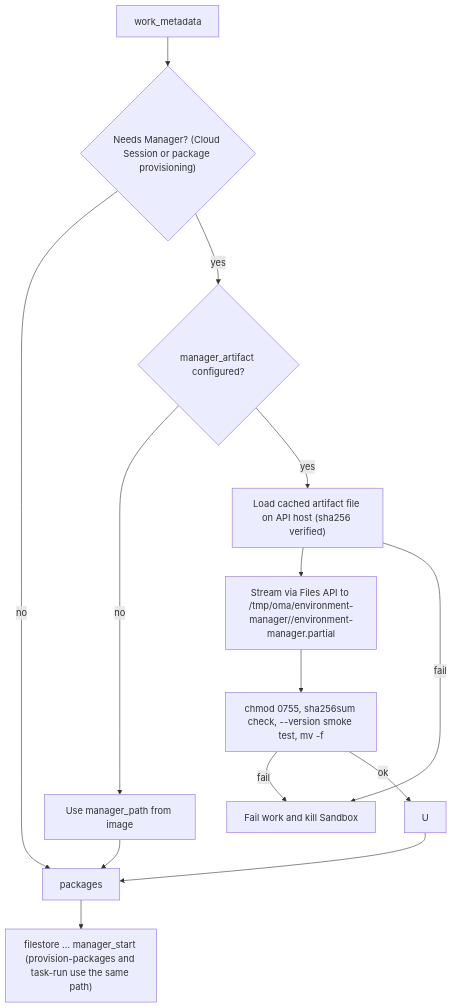
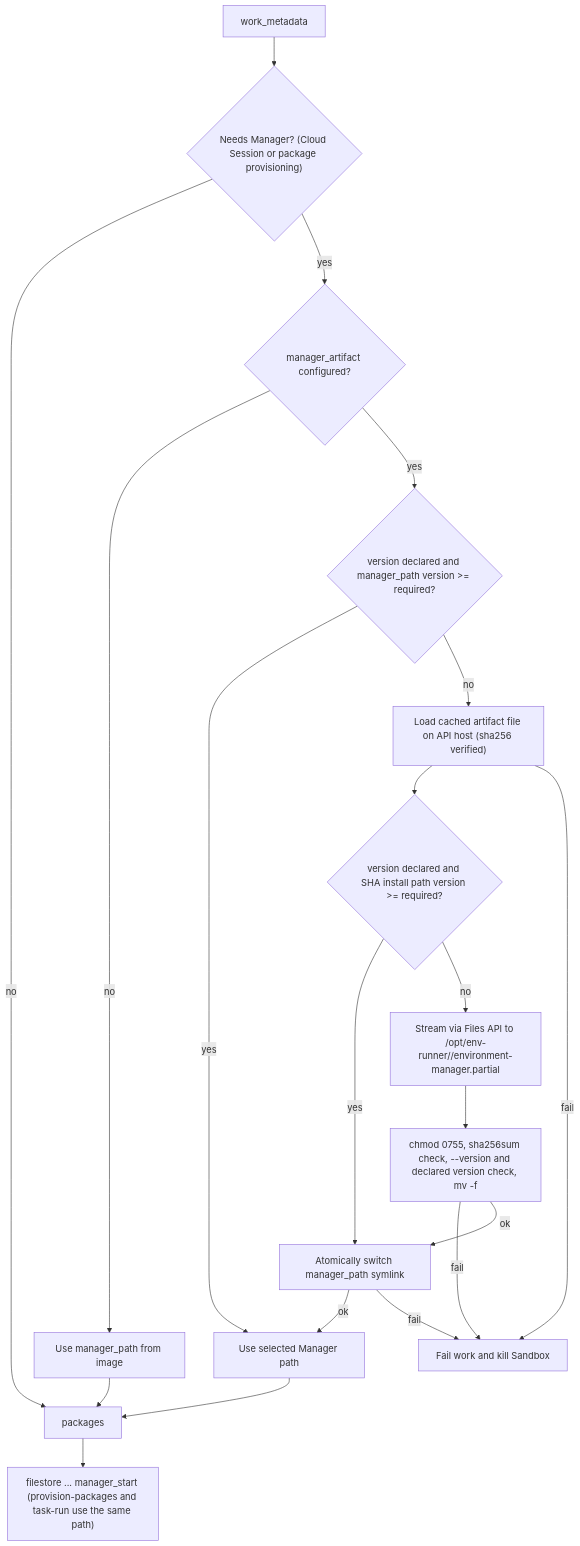
One commit to superduck-ai/open-managed-agents changed the second of 3 diagrams in docs/design/be/e2b-sandbox-image-contract.md. Above: the diagram before and after it, drawn with Mermaid. The commit also changed other lines of this file and 14 other files, not shown here.

Commit message:
feat(environments): reuse manager versions and switch executable symlink

````diff
--- a/docs/design/be/e2b-sandbox-image-contract.md
+++ b/docs/design/be/e2b-sandbox-image-contract.md
@@ -69,16 +84,22 @@
 ```mermaid
 flowchart TD
     W["work_metadata"] --> N{"Needs Manager? (Cloud Session or package provisioning)"}
     N -->|no| P["packages"]
     N -->|yes| C{"manager_artifact configured?"}
     C -->|no| I["Use manager_path from image"]
-    C -->|yes| L["Load cached artifact file on API host (sha256 verified)"]
-    L --> S["Stream via Files API to /tmp/oma/environment-manager/<sha>/environment-manager.partial"]
-    S --> A["chmod 0755, sha256sum check, --version smoke test, mv -f"]
+    C -->|yes| V{"version declared and manager_path version >= required?"}
+    V -->|yes| U["Use selected Manager path"]
+    V -->|no| L["Load cached artifact file on API host (sha256 verified)"]
+    L --> T{"version declared and SHA install path version >= required?"}
+    T -->|yes| K["Atomically switch manager_path symlink"]
+    K -->|ok| U
+    K -->|fail| F
+    T -->|no| S["Stream via Files API to /opt/env-runner/<sha>/environment-manager.partial"]
+    S --> A["chmod 0755, sha256sum check, --version and declared version check, mv -f"]
     A -->|fail| F["Fail work and kill Sandbox"]
-    A -->|ok| U
+    A -->|ok| K
     L -->|fail| F
     I --> P
     U --> P
     P --> R["filestore ... manager_start (provision-packages and task-run use the same path)"]
 ```
````
